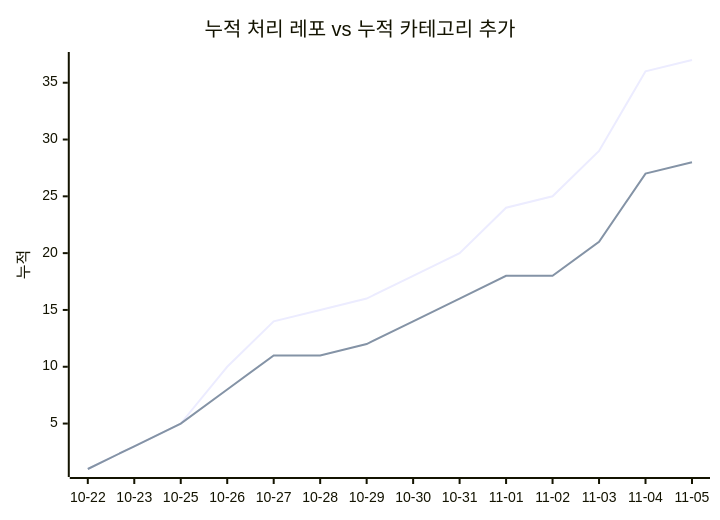
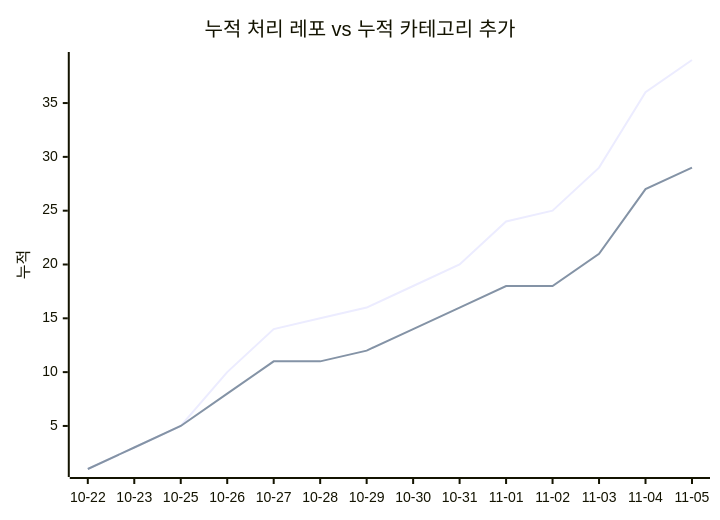
One commit to J-nowcow/awesome-korean-agent-skills changed the second of 2 diagrams in docs/trends.md. Above: the diagram before and after it, drawn with Mermaid. The commit also changed other lines of this file and 4 other files, not shown here.

````diff
--- a/docs/trends.md
+++ b/docs/trends.md
@@ -68,8 +68,8 @@
 ```mermaid
 xychart-beta
     title "누적 처리 레포 vs 누적 카테고리 추가"
     x-axis ["10-22","10-23","10-25","10-26","10-27","10-28","10-29","10-30","10-31","11-01","11-02","11-03","11-04","11-05"]
     y-axis "누적"
-    line [1,3,5,10,14,15,16,18,20,24,25,29,36,37]
-    line [1,3,5,8,11,11,12,14,16,18,18,21,27,28]
+    line [1,3,5,10,14,15,16,18,20,24,25,29,36,39]
+    line [1,3,5,8,11,11,12,14,16,18,18,21,27,29]
 ```
````
